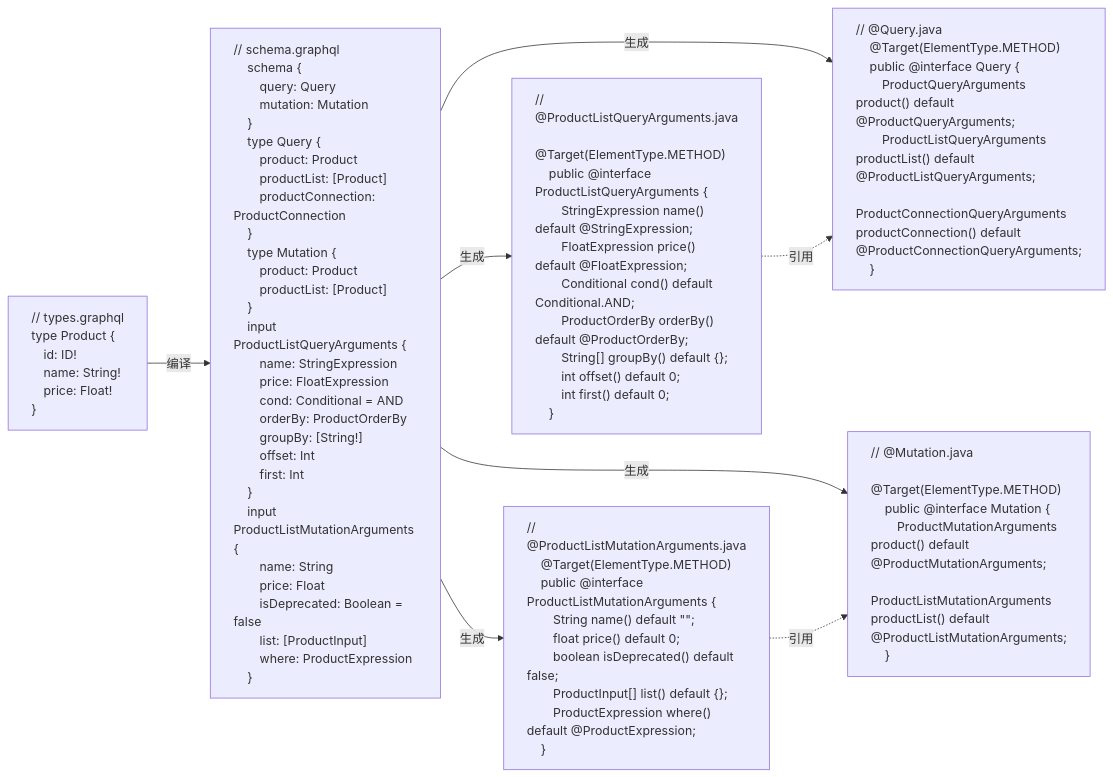
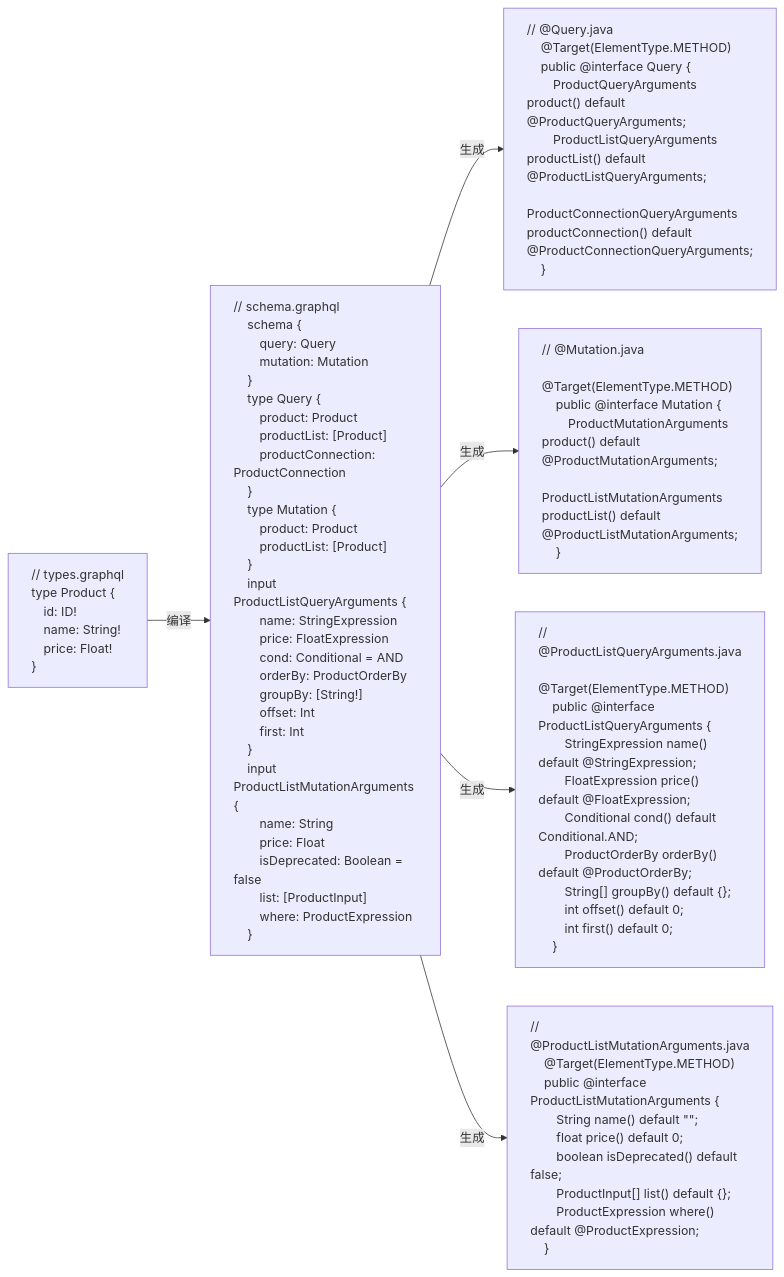
One commit to doukai/gp-doc.github.io changed the second of 2 diagrams in docs/tutorial/graphql-persistence-api.md. Above: the diagram before and after it, drawn with Mermaid. The commit also changed other lines of this file and 4 other files, not shown here.

````diff
--- a/docs/tutorial/graphql-persistence-api.md
+++ b/docs/tutorial/graphql-persistence-api.md
@@ -53,81 +53,79 @@
 ```mermaid
 flowchart LR
     types["// types.graphql
     type Product {
     &emsp;id: ID!
     &emsp;name: String!
     &emsp;price: Float!
     }"]
     schema["// schema.graphql
     schema {
     &emsp;query: Query
     &emsp;mutation: Mutation
     }
     type Query {
     &emsp;product: Product
     &emsp;productList: [Product]
     &emsp;productConnection: ProductConnection
     }
     type Mutation {
     &emsp;product: Product
     &emsp;productList: [Product]
     }
     input ProductListQueryArguments {
     &emsp;name: StringExpression
     &emsp;price: FloatExpression
     &emsp;cond: Conditional = AND
     &emsp;orderBy: ProductOrderBy
     &emsp;groupBy: [String!]
     &emsp;offset: Int
     &emsp;first: Int
     }
     input ProductListMutationArguments {
     &emsp;name: String
     &emsp;price: Float
     &emsp;isDeprecated: Boolean = false
     &emsp;list: [ProductInput]
     &emsp;where: ProductExpression
     }"]
     query["// @Query.java
     @Target(ElementType.METHOD)
     public @interface Query {
     &emsp;ProductQueryArguments product() default @ProductQueryArguments;
     &emsp;ProductListQueryArguments productList() default @ProductListQueryArguments;
     &emsp;ProductConnectionQueryArguments productConnection() default @ProductConnectionQueryArguments;
     }"]
     mutation["// @Mutation.java
     @Target(ElementType.METHOD)
     public @interface Mutation {
     &emsp;ProductMutationArguments product() default @ProductMutationArguments;
     &emsp;ProductListMutationArguments productList() default @ProductListMutationArguments;
     }"]
     queryArguments["// @ProductListQueryArguments.java
     @Target(ElementType.METHOD)
     public @interface ProductListQueryArguments {
     &emsp;StringExpression name() default @StringExpression;
     &emsp;FloatExpression price() default @FloatExpression;
     &emsp;Conditional cond() default Conditional.AND;
     &emsp;ProductOrderBy orderBy() default @ProductOrderBy;
     &emsp;String[] groupBy() default {};
     &emsp;int offset() default 0;
     &emsp;int first() default 0;
     }"]
     mutationArguments["// @ProductListMutationArguments.java
     @Target(ElementType.METHOD)
     public @interface ProductListMutationArguments {
     &emsp;String name() default &quot;&quot;;
     &emsp;float price() default 0;
     &emsp;boolean isDeprecated() default false;
     &emsp;ProductInput[] list() default {};
     &emsp;ProductExpression where() default @ProductExpression;
     }"]
     types -- 编译 --> schema -- 生成 --> query & mutation & queryArguments & mutationArguments
-    queryArguments -. 引用 .-> query
-    mutationArguments -. 引用 .-> mutation
     style types text-align:left
     style schema text-align:left
     style query text-align:left
     style mutation text-align:left
     style queryArguments text-align:left
     style mutationArguments text-align:left
 ```
````
